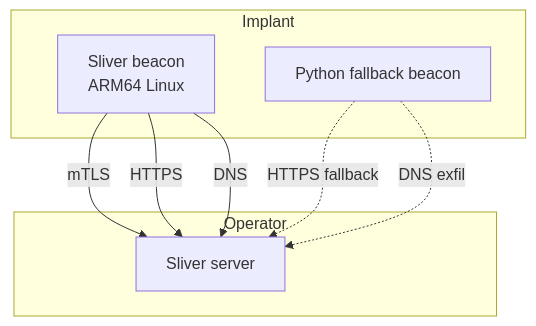
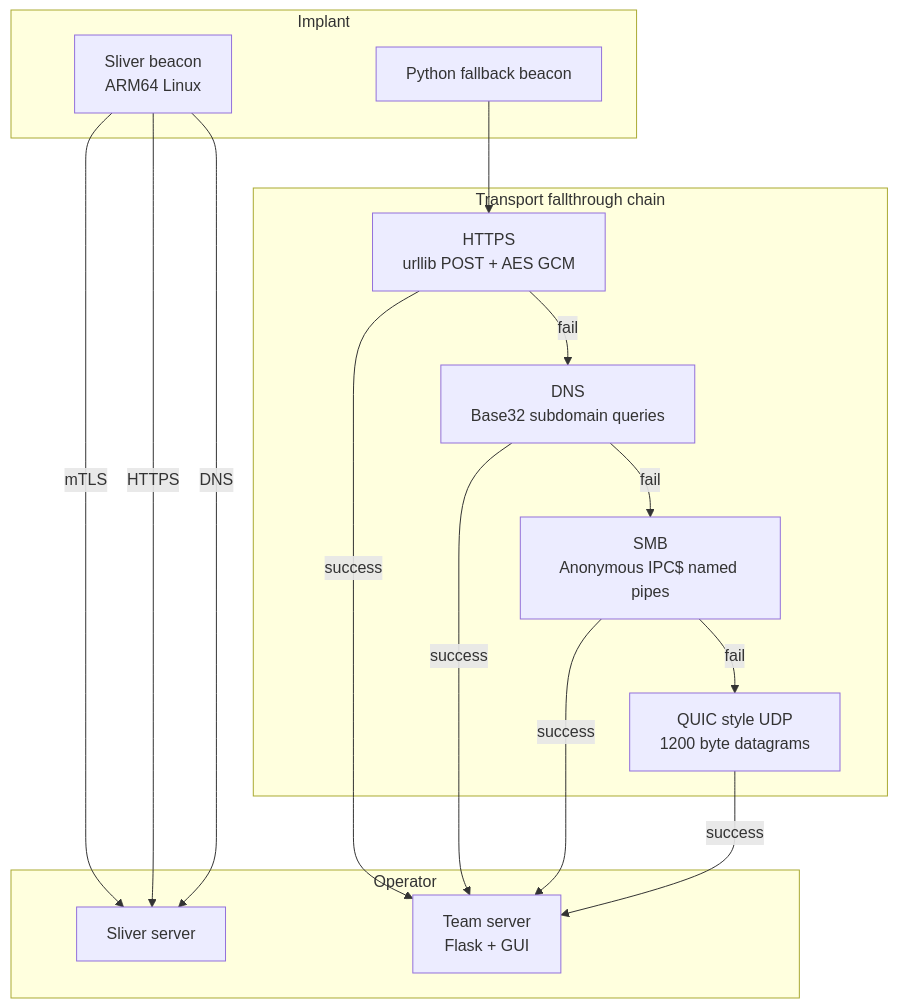
The fourth of 6 diagrams in _posts/2026-07-21-trashpandapaws-network-implant.md (BenjiTrapp/benjitrapp.github.io), drawn with Mermaid before and after one commit. The commit also changed other lines of this file and 1 other file, not shown here.

First line of the commit message:
Update TrashPandaPaws post to match current repo state

```diff
--- a/_posts/2026-07-21-trashpandapaws-network-implant.md
+++ b/_posts/2026-07-21-trashpandapaws-network-implant.md
@@ -188,17 +195,31 @@
 <pre class="mermaid">
 flowchart TD
     subgraph Implant
         SB["Sliver beacon\nARM64 Linux"]
         PB["Python fallback beacon"]
     end
 
+    subgraph Transports["Transport fallthrough chain"]
+        T1["HTTPS\nurllib POST + AES GCM"]
+        T2["DNS\nBase32 subdomain queries"]
+        T3["SMB\nAnonymous IPC$ named pipes"]
+        T4["QUIC style UDP\n1200 byte datagrams"]
+        T1 -->|fail| T2
+        T2 -->|fail| T3
+        T3 -->|fail| T4
+    end
+
     subgraph Operator
         SS["Sliver server"]
+        TS["Team server\nFlask + GUI"]
     end
 
     SB -->|mTLS| SS
     SB -->|HTTPS| SS
     SB -->|DNS| SS
-    PB -.->|HTTPS fallback| SS
-    PB -.->|DNS exfil| SS
+    PB --> T1
+    T1 -->|success| TS
+    T2 -->|success| TS
+    T3 -->|success| TS
+    T4 -->|success| TS
 </pre>
```
